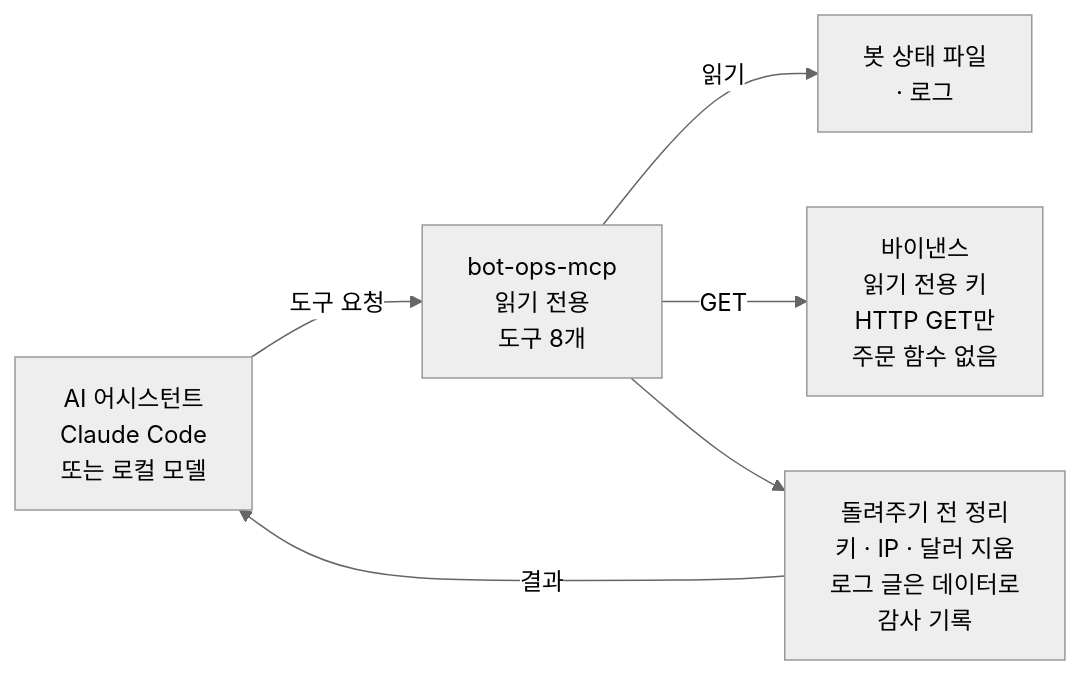
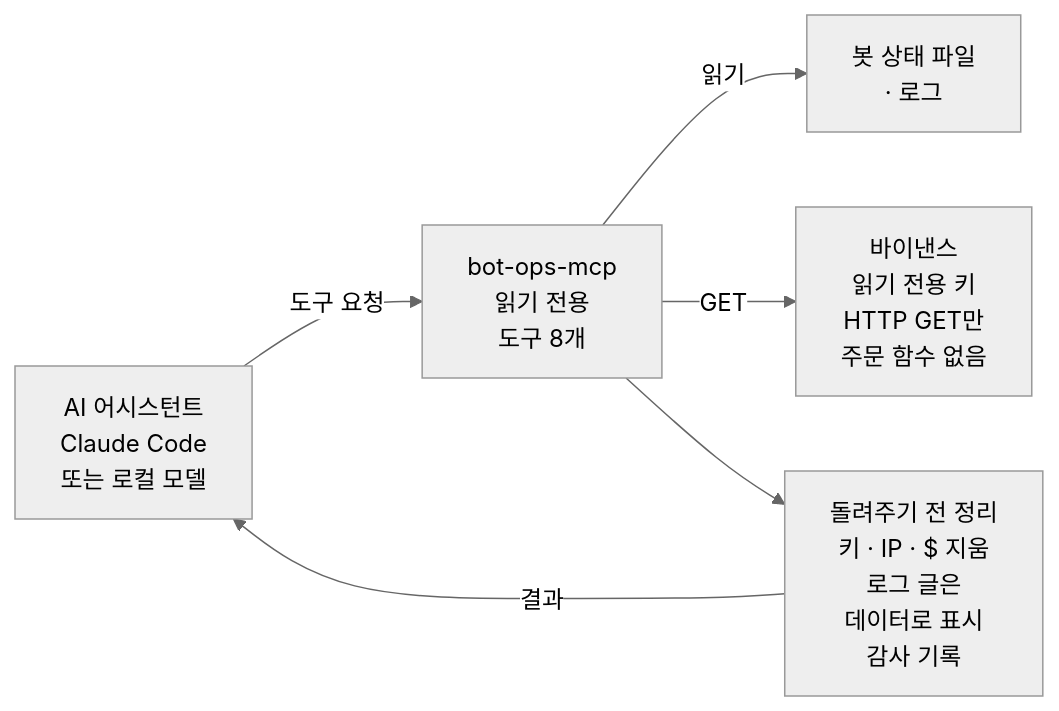
The first of 2 diagrams in README.ko.md (swanmun/bot-ops-mcp), drawn with Mermaid (neutral theme) before and after one commit. The commit also changed other lines of this file and 1 other file, not shown here.

Commit message:
README diagrams: break the remaining long lines (Korean 1:1)

````diff
--- a/README.ko.md
+++ b/README.ko.md
@@ -14,13 +14,13 @@
 ```mermaid
 flowchart LR
     A["AI 어시스턴트<br/>Claude Code<br/>또는 로컬 모델"]
     S["bot-ops-mcp<br/>읽기 전용<br/>도구 8개"]
     B["봇 상태 파일<br/>· 로그"]
     X["바이낸스<br/>읽기 전용 키<br/>HTTP GET만<br/>주문 함수 없음"]
-    F["돌려주기 전 정리<br/>키 · IP · 달러 지움<br/>로그 글은 데이터로<br/>감사 기록"]
+    F["돌려주기 전 정리<br/>키 · IP · $ 지움<br/>로그 글은<br/>데이터로 표시<br/>감사 기록"]
     A -->|"도구 요청"| S
     S -->|"읽기"| B
     S -->|"GET"| X
     S --> F
     F -->|"결과"| A
 ```
````
